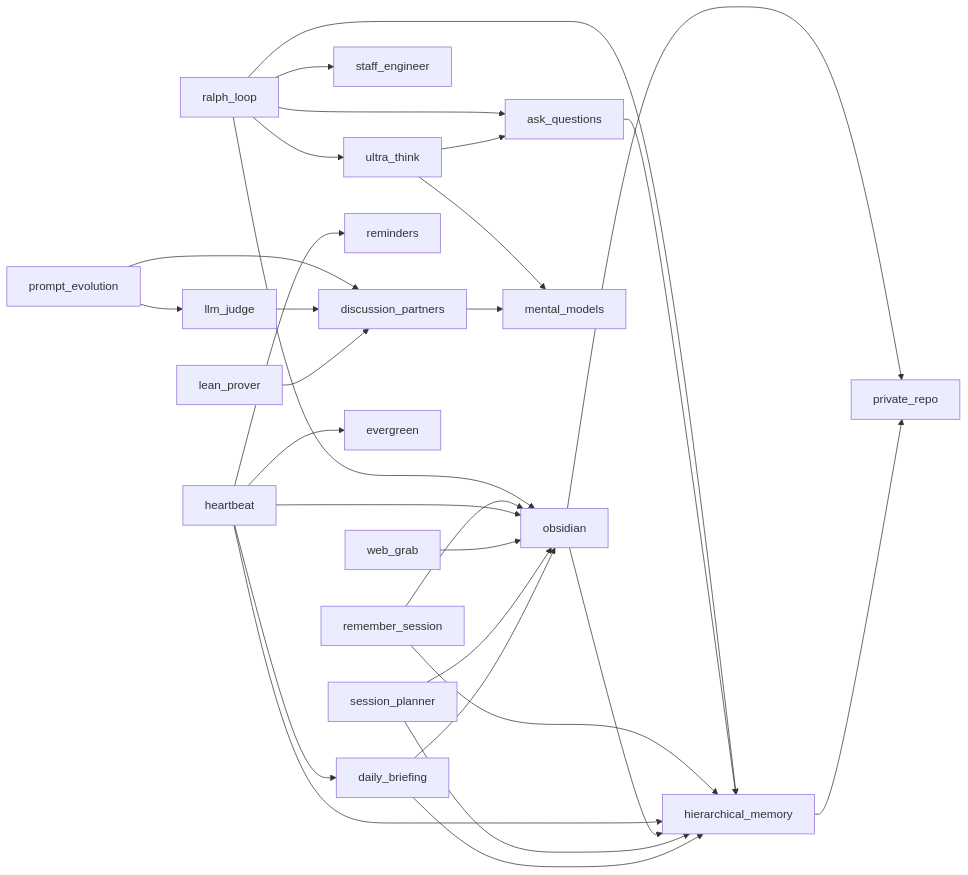
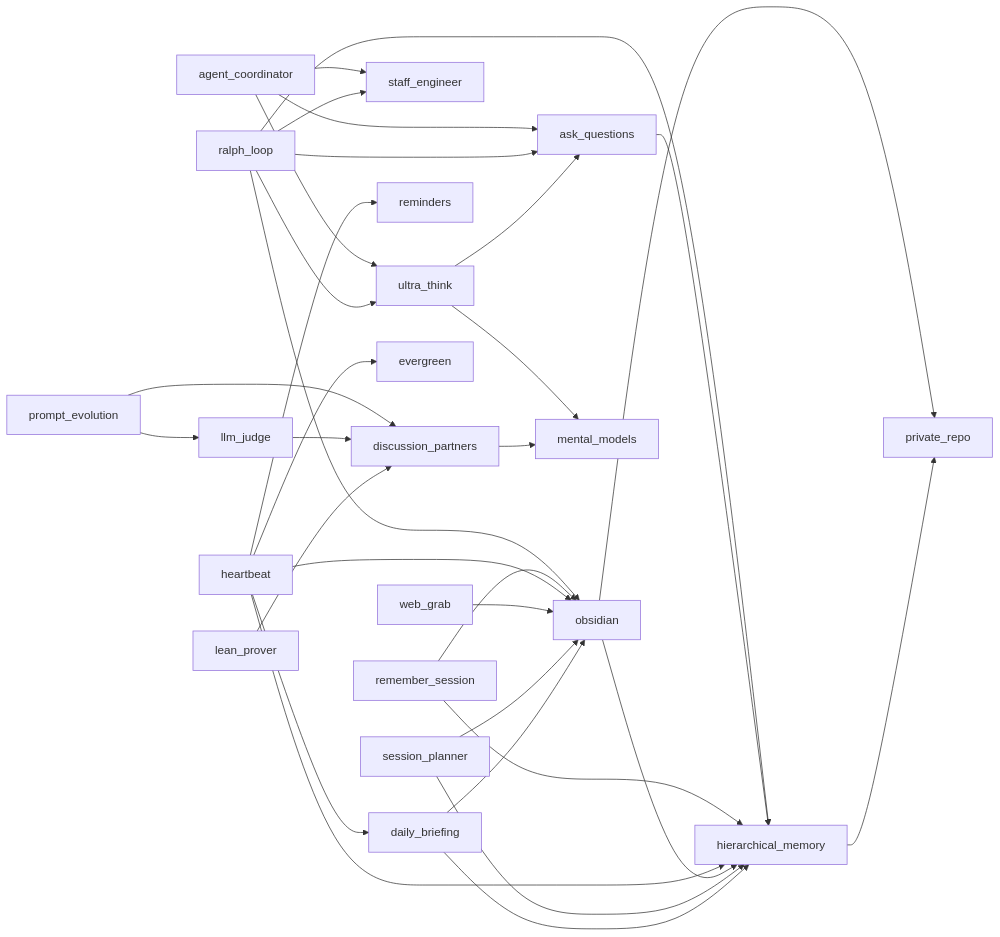
One commit to zachmayer/skills changed the diagram in README.md. Above: the diagram before and after it, drawn with Mermaid. The commit also changed other lines of this file and 1 other file, not shown here.

Commit message:
Add agent coordinator skill for dependency-aware sub-agent orchestration
Fixes #52

````diff
--- a/README.md
+++ b/README.md
@@ -96,31 +97,34 @@
 ```mermaid
 graph LR
+    agent_coordinator --> ultra_think
+    agent_coordinator --> staff_engineer
+    agent_coordinator --> ask_questions
     ralph_loop --> ultra_think
     ralph_loop --> staff_engineer
     ralph_loop --> ask_questions
     ralph_loop --> hierarchical_memory
     ralph_loop --> obsidian
     ultra_think --> mental_models
     ultra_think --> ask_questions
     ask_questions --> hierarchical_memory
     prompt_evolution --> discussion_partners
     prompt_evolution --> llm_judge
     llm_judge --> discussion_partners
     discussion_partners --> mental_models
     remember_session --> hierarchical_memory
     remember_session --> obsidian
     heartbeat --> hierarchical_memory
     heartbeat --> obsidian
     heartbeat --> reminders
     heartbeat --> daily_briefing
     heartbeat --> evergreen
     obsidian --> hierarchical_memory
     obsidian --> private_repo
     hierarchical_memory --> private_repo
     web_grab --> obsidian
     lean_prover --> discussion_partners
     session_planner --> hierarchical_memory
     session_planner --> obsidian
     daily_briefing --> hierarchical_memory
     daily_briefing --> obsidian
 ```
````
